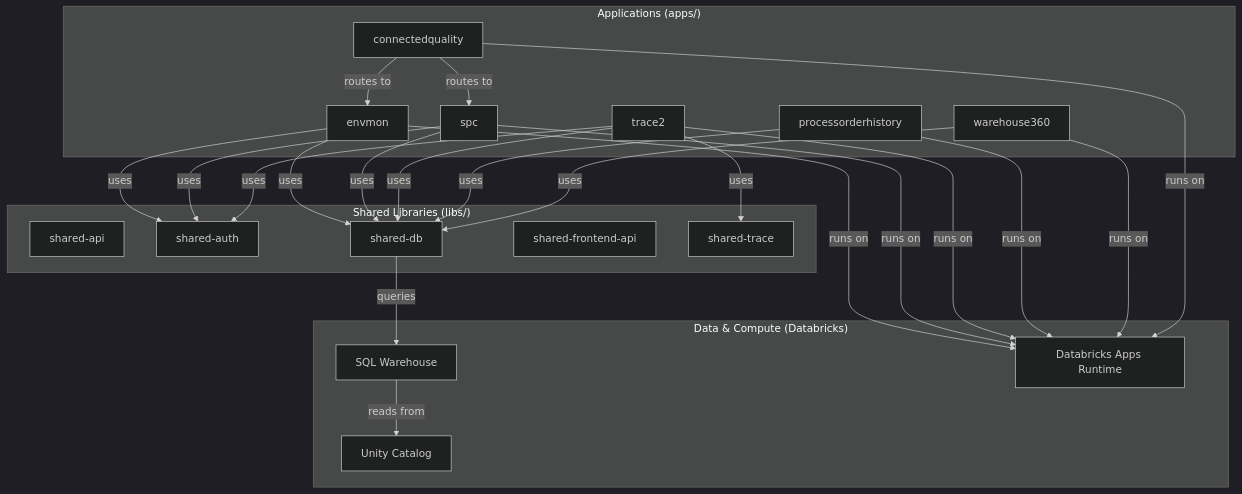
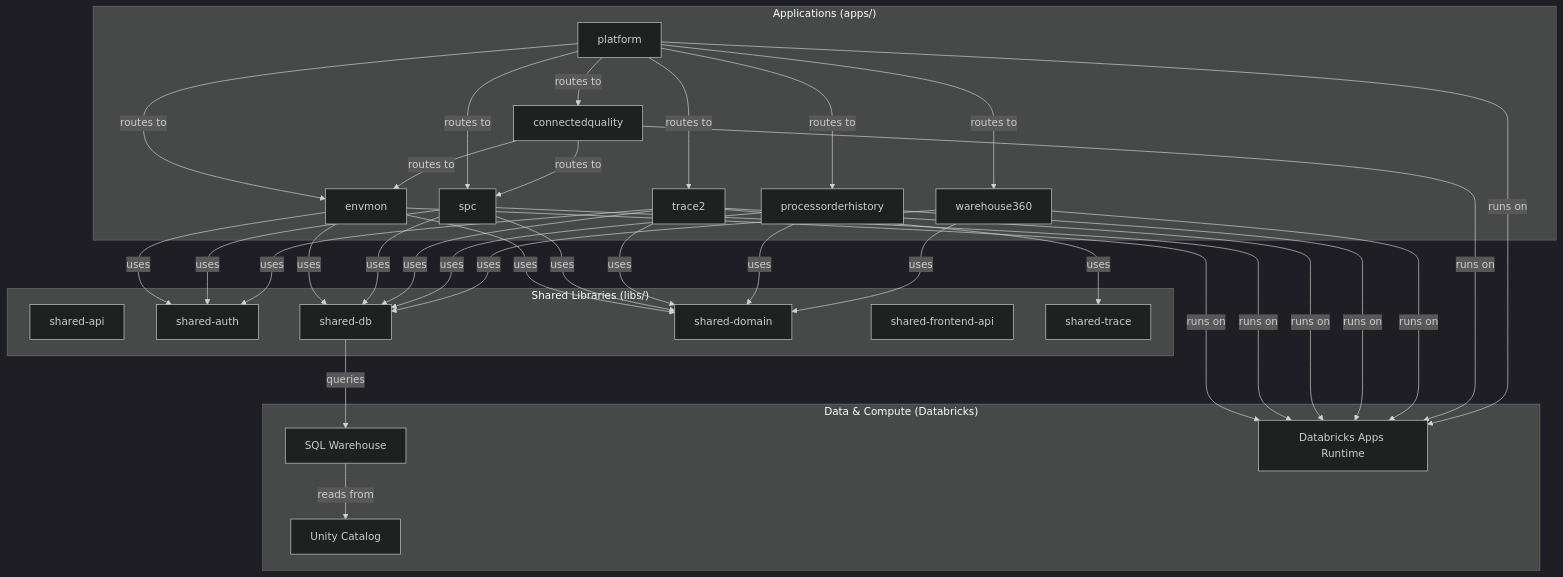
The diagram in docs/monorepo-architecture.md (timgeldard/ConnectIO-RAD), drawn with Mermaid (dark theme) before and after one commit. The commit also changed other lines of this file and 24 other files, not shown here.

````diff
--- a/docs/monorepo-architecture.md
+++ b/docs/monorepo-architecture.md
@@ -9,48 +9,62 @@
 ```mermaid
 graph TD
     subgraph "Applications (apps/)"
         CQ[connectedquality]
         EM[envmon]
         POH[processorderhistory]
+        PLAT[platform]
         SPC[spc]
         T2[trace2]
         W360[warehouse360]
     end
 
     subgraph "Shared Libraries (libs/)"
         S_API[shared-api]
         S_AUTH[shared-auth]
         S_DB[shared-db]
+        S_DOM[shared-domain]
         S_FE[shared-frontend-api]
         S_TR[shared-trace]
     end
 
     subgraph "Data & Compute (Databricks)"
         UC[Unity Catalog]
         SQLW[SQL Warehouse]
         DAPP[Databricks Apps Runtime]
     end
 
     %% Dependencies
     EM -- uses --> S_DB
     EM -- uses --> S_AUTH
+    EM -- uses --> S_DOM
     SPC -- uses --> S_DB
     SPC -- uses --> S_AUTH
+    SPC -- uses --> S_DOM
     T2 -- uses --> S_DB
     T2 -- uses --> S_AUTH
     T2 -- uses --> S_TR
+    T2 -- uses --> S_DOM
     POH -- uses --> S_DB
+    POH -- uses --> S_DOM
     W360 -- uses --> S_DB
+    W360 -- uses --> S_DOM
+    PLAT -- routes to --> CQ
+    PLAT -- routes to --> EM
+    PLAT -- routes to --> POH
+    PLAT -- routes to --> SPC
+    PLAT -- routes to --> T2
+    PLAT -- routes to --> W360
     CQ -- routes to --> EM
     CQ -- routes to --> SPC
 
     EM -- runs on --> DAPP
     SPC -- runs on --> DAPP
     T2 -- runs on --> DAPP
     POH -- runs on --> DAPP
     W360 -- runs on --> DAPP
     CQ -- runs on --> DAPP
+    PLAT -- runs on --> DAPP
 
     S_DB -- queries --> SQLW
     SQLW -- reads from --> UC
 ```
````
